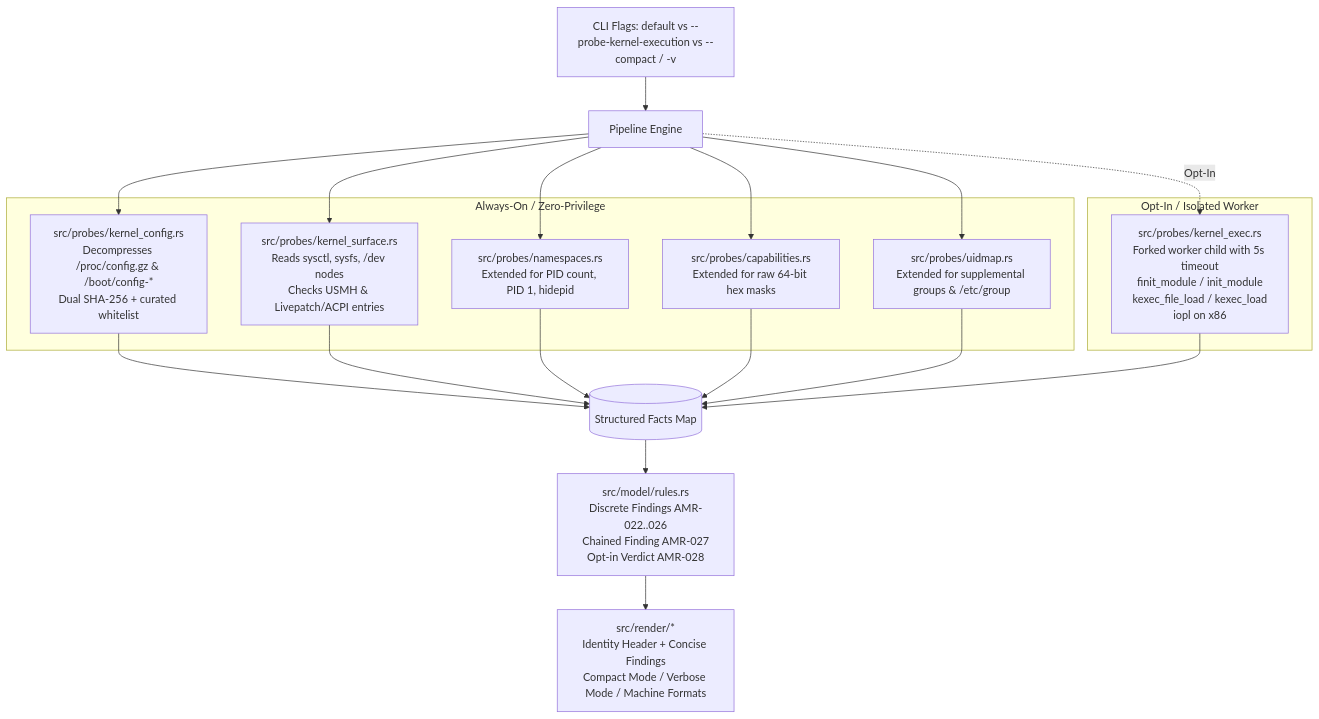
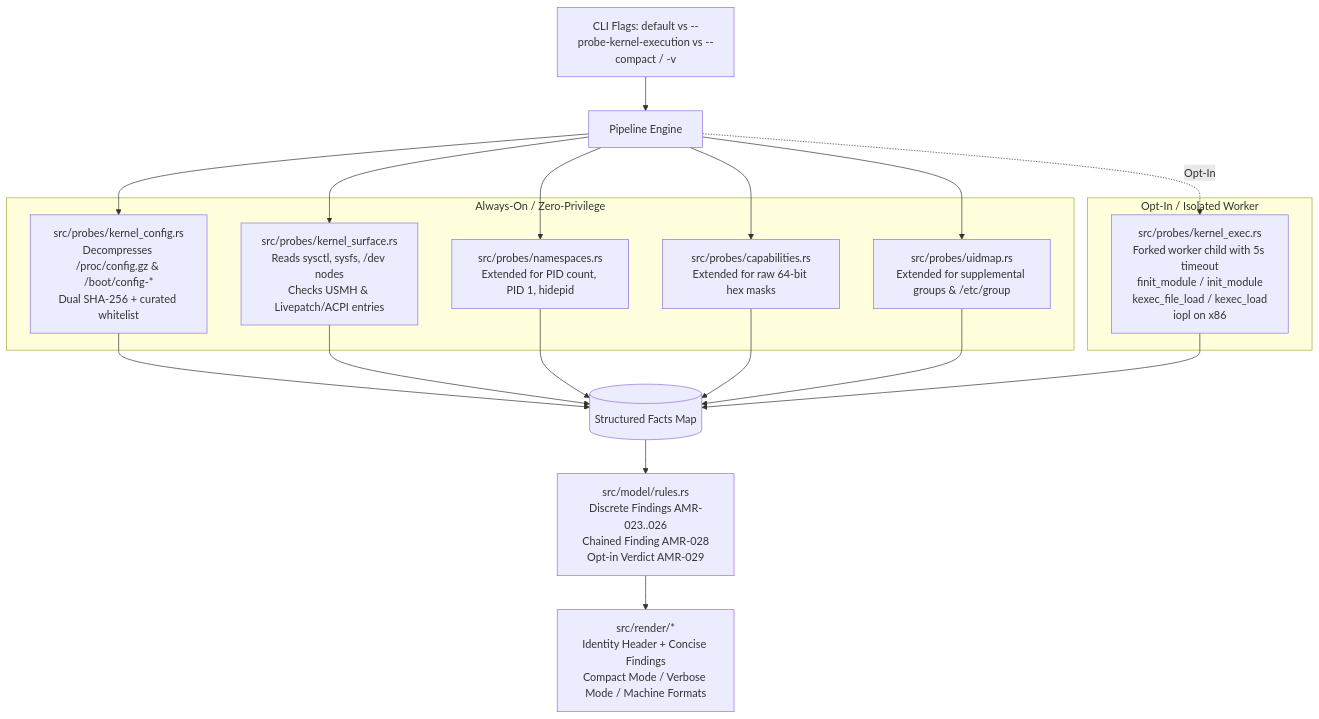
One commit to berney/amirustrained changed the diagram in docs/superpowers/specs/2026-10-05-kernel-execution-and-ux-design.md. Above: the diagram before and after it, drawn with Mermaid. The commit also changed other lines of this file and 1 other file, not shown here.

Commit message:
docs: shift new rule IDs to AMR-023..029 to avoid collision with AMR-022 rootless socket

````diff
--- a/docs/superpowers/specs/2026-10-05-kernel-execution-and-ux-design.md
+++ b/docs/superpowers/specs/2026-10-05-kernel-execution-and-ux-design.md
@@ -41,33 +41,33 @@
 ```mermaid
 graph TD
     CLI[CLI Flags: default vs --probe-kernel-execution vs --compact / -v] --> Pipeline[Pipeline Engine]
 
     subgraph Passive Inspection [Always-On / Zero-Privilege]
         KC[src/probes/kernel_config.rs<br/>Decompresses /proc/config.gz & /boot/config-*<br/>Dual SHA-256 + curated whitelist]
         KS[src/probes/kernel_surface.rs<br/>Reads sysctl, sysfs, /dev nodes<br/>Checks USMH & Livepatch/ACPI entries]
         NS[src/probes/namespaces.rs<br/>Extended for PID count, PID 1, hidepid]
         CAP[src/probes/capabilities.rs<br/>Extended for raw 64-bit hex masks]
         UID[src/probes/uidmap.rs<br/>Extended for supplemental groups & /etc/group]
     end
 
     subgraph Active Execution Probe [Opt-In / Isolated Worker]
         KE[src/probes/kernel_exec.rs<br/>Forked worker child with 5s timeout<br/>finit_module / init_module<br/>kexec_file_load / kexec_load<br/>iopl on x86]
     end
 
     Pipeline --> KC
     Pipeline --> KS
     Pipeline --> NS
     Pipeline --> CAP
     Pipeline --> UID
     Pipeline -. Opt-In .-> KE
 
     KC --> Facts[(Structured Facts Map)]
     KS --> Facts
     KE --> Facts
     NS --> Facts
     CAP --> Facts
     UID --> Facts
 
-    Facts --> RulesEngine[src/model/rules.rs<br/>Discrete Findings AMR-022..026<br/>Chained Finding AMR-027<br/>Opt-in Verdict AMR-028]
+    Facts --> RulesEngine[src/model/rules.rs<br/>Discrete Findings AMR-023..026<br/>Chained Finding AMR-028<br/>Opt-in Verdict AMR-029]
     RulesEngine --> Renderer[src/render/*<br/>Identity Header + Concise Findings<br/>Compact Mode / Verbose Mode / Machine Formats]
 ```
````
